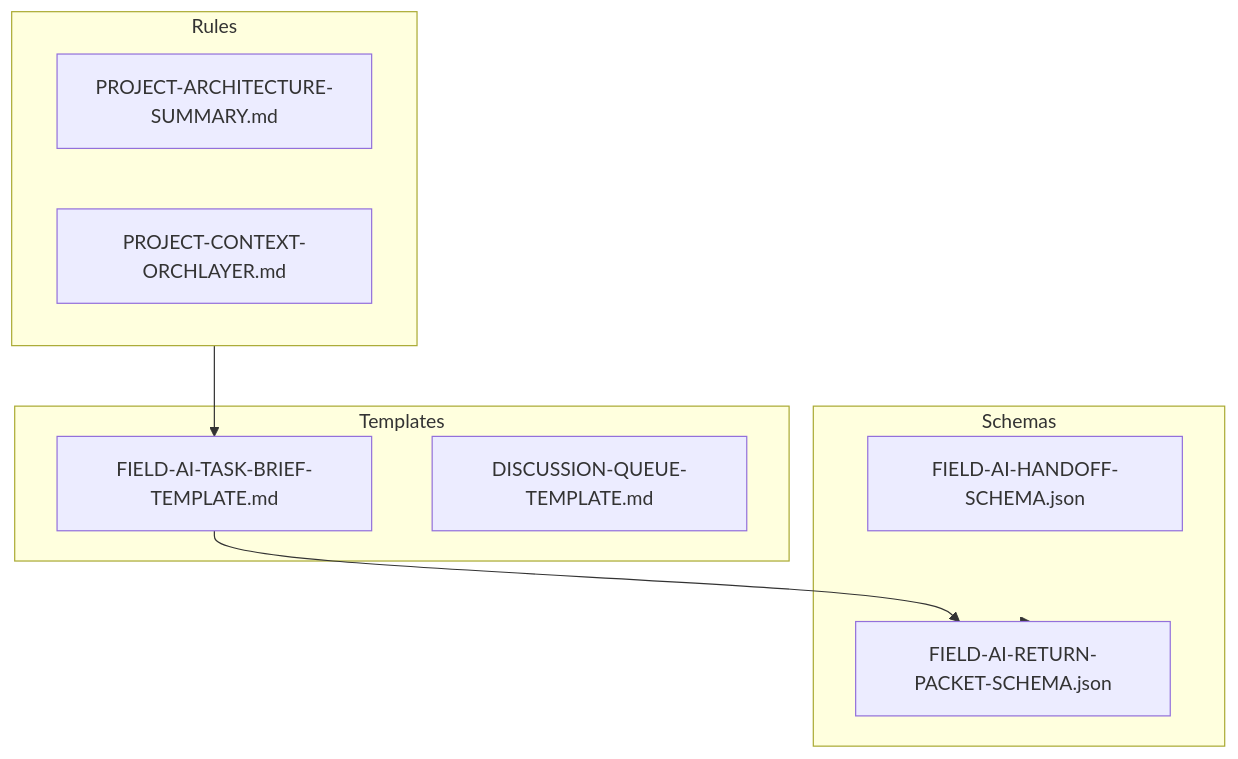
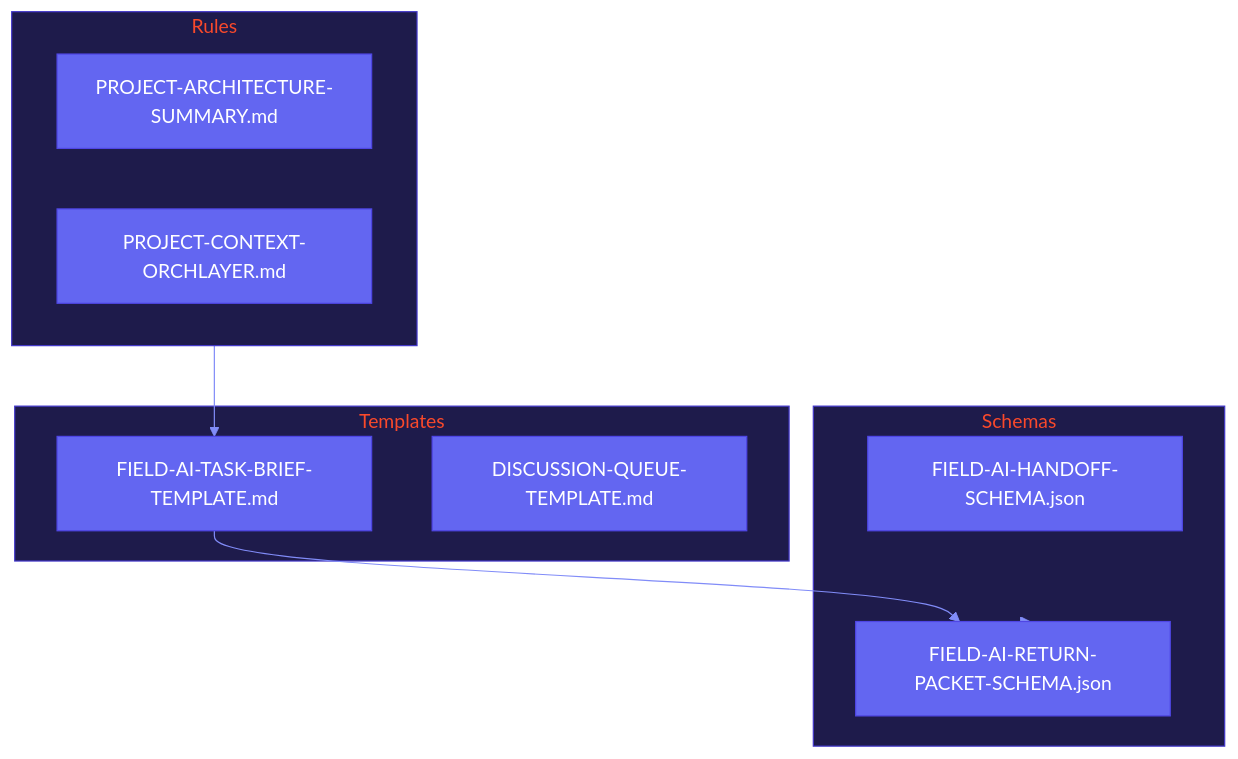
One commit to NoranBits/OrchLayerAI changed the diagram in 00_Project-Core/README.md. Above: the diagram before and after it, drawn with Mermaid. The commit also changed 6 other files, not shown here.

````diff
--- a/00_Project-Core/README.md
+++ b/00_Project-Core/README.md
@@ -9,21 +9,34 @@
 ```mermaid
+%%{init: {
+  'theme': 'base',
+  'themeVariables': {
+    'primaryColor': '#6366f1',
+    'primaryTextColor': '#fff',
+    'primaryBorderColor': '#4f46e5',
+    'lineColor': '#818cf8',
+    'secondaryColor': '#ec4899',
+    'tertiaryColor': '#06b6d4',
+    'clusterBkg': '#1e1b4b',
+    'clusterBorder': '#4338ca'
+  }
+}}%%
 graph TD
     subgraph Schemas
         Handoff[FIELD-AI-HANDOFF-SCHEMA.json]
         Return[FIELD-AI-RETURN-PACKET-SCHEMA.json]
     end
     
     subgraph Templates
         Brief[FIELD-AI-TASK-BRIEF-TEMPLATE.md]
         Queue[DISCUSSION-QUEUE-TEMPLATE.md]
     end
     
     subgraph Rules
         Arch[PROJECT-ARCHITECTURE-SUMMARY.md]
         Context[PROJECT-CONTEXT-ORCHLAYER.md]
     end
     
     Rules --> Brief
     Schemas --> Return
     Brief --> Return
 ```
````
